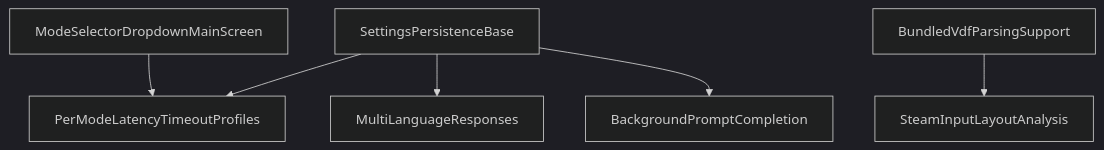
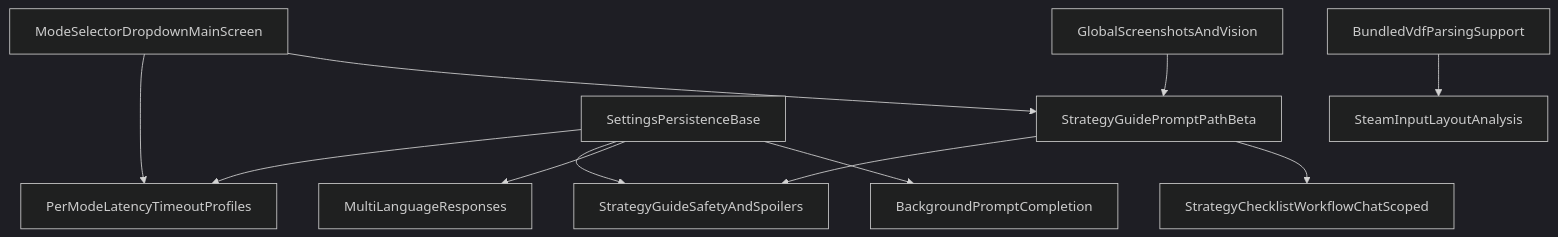
Before and after one commit to qd313/bonsAI: the diagram in FUTURE_FEATURES.md, drawn with Mermaid (dark theme). The commit also changed other lines of this file and 2 other files, not shown here.

Commit message:
ideas for Strategy mode

````diff
--- a/FUTURE_FEATURES.md
+++ b/FUTURE_FEATURES.md
@@ -135,8 +171,13 @@
 ```mermaid
 flowchart TD
   modeSelector[ModeSelectorDropdownMainScreen] --> perModeProfiles[PerModeLatencyTimeoutProfiles]
+  modeSelector --> strategyPath[StrategyGuidePromptPathBeta]
+  strategyPath --> strategySafety[StrategyGuideSafetyAndSpoilers]
+  strategyPath --> strategyChecklist[StrategyChecklistWorkflowChatScoped]
+  visionFeature[GlobalScreenshotsAndVision] --> strategyPath
   settingsBase[SettingsPersistenceBase] --> perModeProfiles
+  settingsBase --> strategySafety
   settingsBase --> multiLanguage[MultiLanguageResponses]
   settingsBase --> backgroundCompletion[BackgroundPromptCompletion]
   vdfSupport[BundledVdfParsingSupport] --> steamInput[SteamInputLayoutAnalysis]
 ```
````
